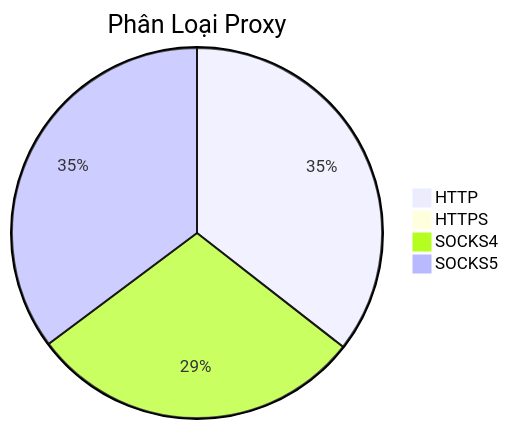
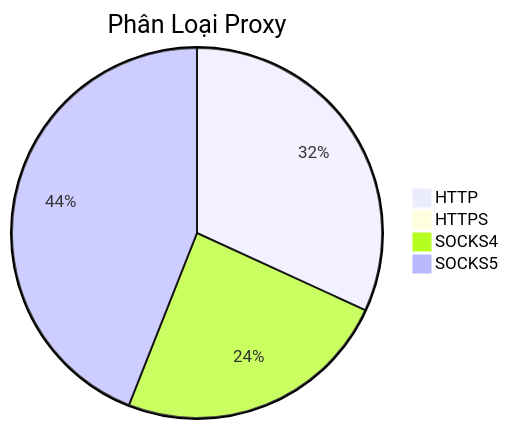
One commit to Ciara-12/PROXY-free changed the diagram in README.md. Above: the diagram before and after it, drawn with Mermaid. The commit also changed other lines of this file and 3 other files, not shown here.

````diff
--- a/README.md
+++ b/README.md
@@ -26,7 +26,7 @@
 ```mermaid
 pie title Phân Loại Proxy
-    "HTTP" : 333
+    "HTTP" : 364
     "HTTPS" : 2
-    "SOCKS4" : 274
-    "SOCKS5" : 330
+    "SOCKS4" : 276
+    "SOCKS5" : 503
 ```
````
